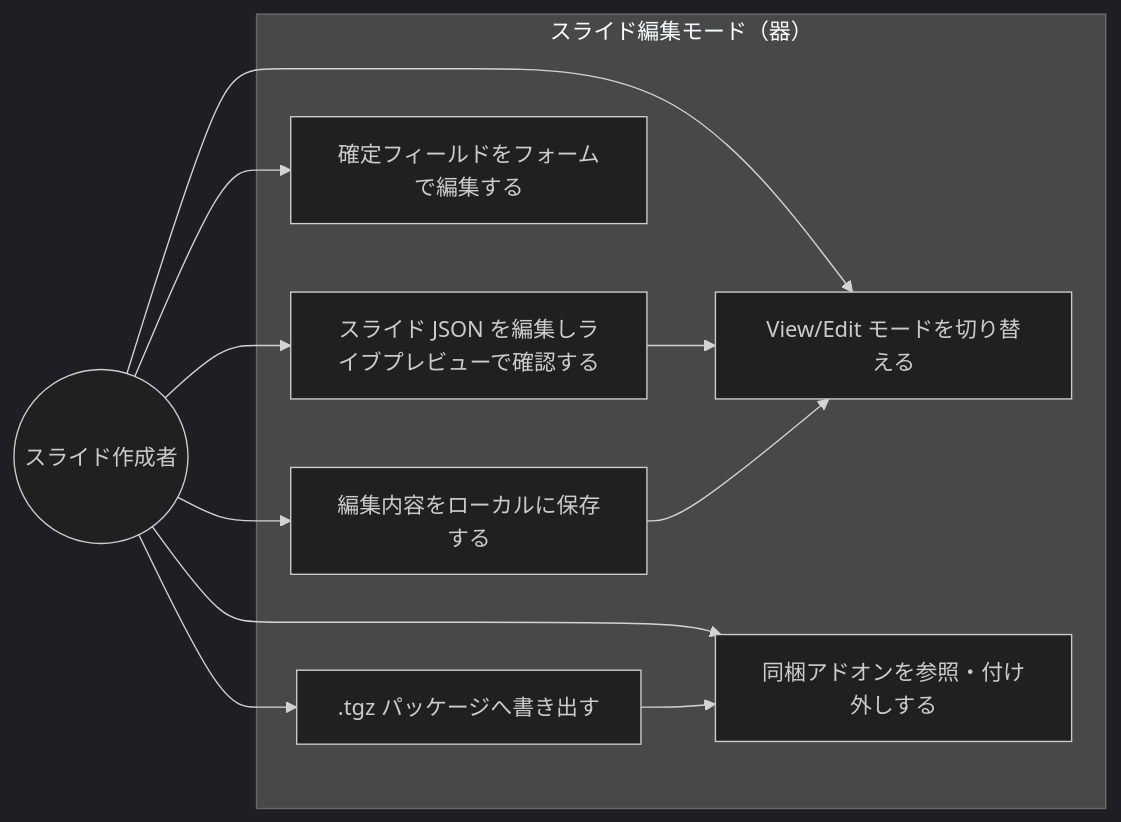
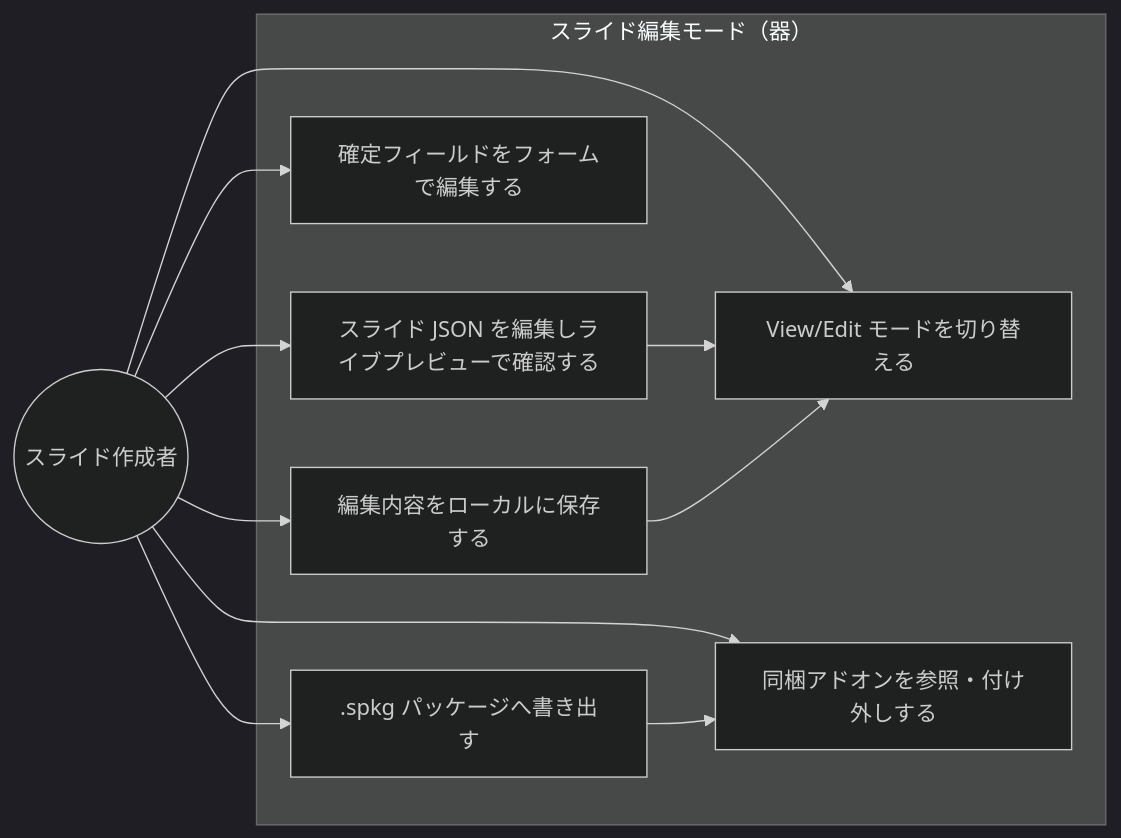
The first of 2 diagrams in .sdd/requirement/slide-edit-mode.md (ToshikiImagawa/slide-presentation-app), drawn with Mermaid before and after one commit. The commit also changed other lines of this file and 25 other files, not shown here.

````diff
--- a/.sdd/requirement/slide-edit-mode.md
+++ b/.sdd/requirement/slide-edit-mode.md
@@ -88,24 +88,24 @@
 ```mermaid
 %%{init: {'theme': 'dark'}}%%
 flowchart LR
     Author((スライド作成者))
 
     subgraph System["スライド編集モード（器）"]
         UC1[View/Edit モードを切り替える]
         UC2[スライド JSON を編集しライブプレビューで確認する]
         UC3[確定フィールドをフォームで編集する]
         UC4[編集内容をローカルに保存する]
-        UC5[.tgz パッケージへ書き出す]
+        UC5[.spkg パッケージへ書き出す]
         UC6[同梱アドオンを参照・付け外しする]
     end
 
     Author --> UC1
     Author --> UC2
     Author --> UC3
     Author --> UC4
     Author --> UC5
     Author --> UC6
     UC2 --> UC1
     UC4 --> UC1
     UC5 --> UC6
 ```
````
